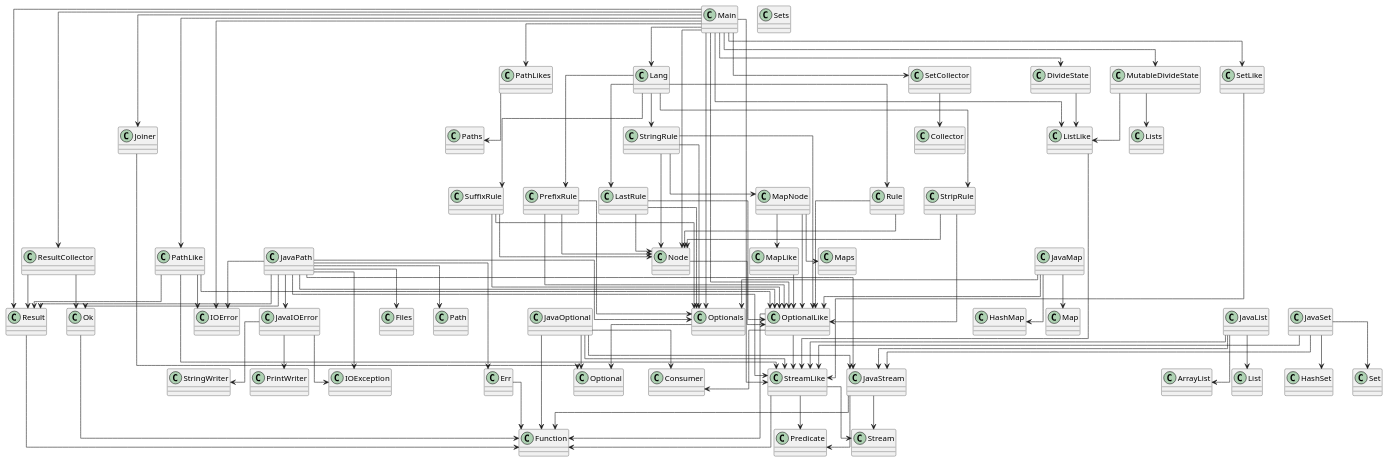
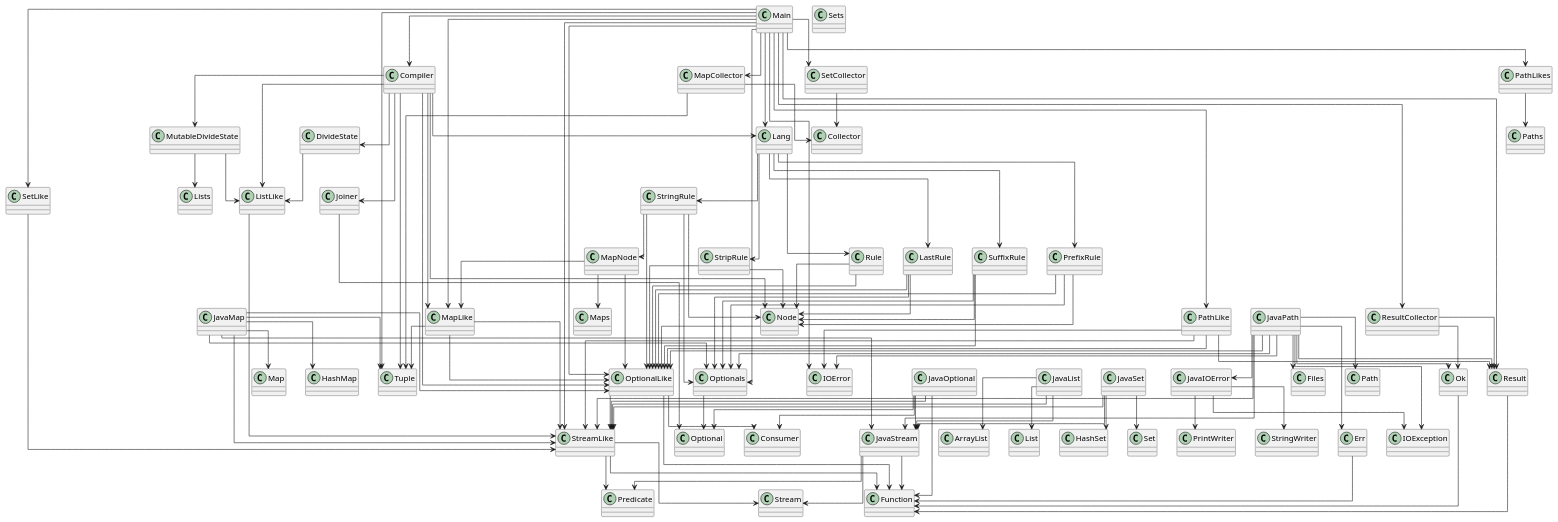
Before and after one commit to SirMathhman/Magma: the diagram in diagram.puml, drawn with PlantUML. The commit also changed 7 other files, not shown here.

```diff
--- a/diagram.puml
+++ b/diagram.puml
@@ -1,145 +1,163 @@
 @startuml
 skinparam linetype ortho
-class Joiner
-Joiner --> Optional
-class Maps
+class StreamLike
+StreamLike --> Function
+StreamLike --> Predicate
+StreamLike --> Stream
+class StringRule
+StringRule --> OptionalLike
+StringRule --> Optionals
+StringRule --> MapNode
+StringRule --> Node
+class Optionals
+Optionals --> Optional
 class JavaIOError
 JavaIOError --> IOException
 JavaIOError --> PrintWriter
 JavaIOError --> StringWriter
+class Err
+Err --> Function
+class JavaMap
+JavaMap --> Tuple
+JavaMap --> JavaStream
+JavaMap --> StreamLike
+JavaMap --> OptionalLike
+JavaMap --> Optionals
+JavaMap --> HashMap
+JavaMap --> Map
+class Node
+Node --> OptionalLike
+class JavaStream
+JavaStream --> Function
+JavaStream --> Predicate
+JavaStream --> Stream
+class MapNode
+MapNode --> MapLike
+MapNode --> Maps
+MapNode --> OptionalLike
+class LastRule
+LastRule --> OptionalLike
+LastRule --> Optionals
+LastRule --> Node
 class Result
 Result --> Function
+class OptionalLike
+OptionalLike --> StreamLike
+OptionalLike --> Consumer
+OptionalLike --> Function
+class Maps
+class Lists
+class Sets
+class PathLike
+PathLike --> StreamLike
+PathLike --> IOError
+PathLike --> OptionalLike
+PathLike --> Result
+class Collector
+class MapCollector
+MapCollector --> Tuple
+MapCollector --> Collector
+class ResultCollector
+ResultCollector --> Ok
+ResultCollector --> Result
+class PrefixRule
+PrefixRule --> OptionalLike
+PrefixRule --> Optionals
+PrefixRule --> Node
+class Compiler
+Compiler --> Tuple
+Compiler --> ListLike
+Compiler --> MapLike
+Compiler --> Joiner
+Compiler --> OptionalLike
+Compiler --> DivideState
+Compiler --> MutableDivideState
+Compiler --> Lang
+Compiler --> Node
+class Joiner
+Joiner --> Optional
+class MapLike
+MapLike --> Tuple
+MapLike --> StreamLike
+MapLike --> OptionalLike
+class PathLikes
+PathLikes --> Paths
+class StripRule
+StripRule --> OptionalLike
+StripRule --> Node
+class JavaList
+JavaList --> JavaStream
+JavaList --> StreamLike
+JavaList --> ArrayList
+JavaList --> List
+class Lang
+Lang --> LastRule
+Lang --> PrefixRule
+Lang --> Rule
+Lang --> StringRule
+Lang --> StripRule
+Lang --> SuffixRule
 class JavaPath
 JavaPath --> JavaStream
 JavaPath --> StreamLike
 JavaPath --> IOError
 JavaPath --> JavaIOError
 JavaPath --> OptionalLike
 JavaPath --> Optionals
 JavaPath --> Err
 JavaPath --> Ok
 JavaPath --> Result
 JavaPath --> IOException
 JavaPath --> Files
 JavaPath --> Path
-class StreamLike
-StreamLike --> Function
-StreamLike --> Predicate
-StreamLike --> Stream
-class StringRule
-StringRule --> OptionalLike
-StringRule --> Optionals
-StringRule --> MapNode
-StringRule --> Node
-class PrefixRule
-PrefixRule --> OptionalLike
-PrefixRule --> Optionals
-PrefixRule --> Node
-class ListLike
-ListLike --> StreamLike
-class Err
-Err --> Function
-class JavaList
-JavaList --> JavaStream
-JavaList --> StreamLike
-JavaList --> ArrayList
-JavaList --> List
-class Sets
-class PathLike
-PathLike --> StreamLike
-PathLike --> IOError
-PathLike --> OptionalLike
-PathLike --> Result
-class PathLikes
-PathLikes --> Paths
-class Node
-Node --> OptionalLike
-class Lang
-Lang --> LastRule
-Lang --> PrefixRule
-Lang --> Rule
-Lang --> StringRule
-Lang --> StripRule
-Lang --> SuffixRule
-class OptionalLike
-OptionalLike --> StreamLike
-OptionalLike --> Consumer
-OptionalLike --> Function
-class MapLike
-MapLike --> OptionalLike
-class Optionals
-Optionals --> Optional
+class MutableDivideState
+MutableDivideState --> ListLike
+MutableDivideState --> Lists
+class JavaOptional
+JavaOptional --> JavaStream
+JavaOptional --> StreamLike
+JavaOptional --> Optional
+JavaOptional --> Consumer
+JavaOptional --> Function
+class DivideState
+DivideState --> ListLike
+class IOError
+class SuffixRule
+SuffixRule --> OptionalLike
+SuffixRule --> Optionals
+SuffixRule --> Node
 class SetCollector
 SetCollector --> Collector
+class Rule
+Rule --> OptionalLike
+Rule --> Node
+class SetLike
+SetLike --> StreamLike
+class Ok
+Ok --> Function
 class Main
-Main --> ListLike
+Main --> Tuple
+Main --> MapCollector
+Main --> MapLike
 Main --> SetCollector
 Main --> SetLike
-Main --> Joiner
 Main --> ResultCollector
 Main --> StreamLike
 Main --> IOError
 Main --> PathLike
 Main --> PathLikes
 Main --> OptionalLike
 Main --> Optionals
 Main --> Result
-Main --> DivideState
+Main --> Compiler
 Main --> Lang
-Main --> MutableDivideState
-Main --> Node
-class LastRule
-LastRule --> OptionalLike
-LastRule --> Optionals
-LastRule --> Node
-class ResultCollector
-ResultCollector --> Ok
-ResultCollector --> Result
-class JavaStream
-JavaStream --> Function
-JavaStream --> Predicate
-JavaStream --> Stream
-class StripRule
-StripRule --> OptionalLike
-StripRule --> Node
+class ListLike
+ListLike --> StreamLike
+class Tuple
 class JavaSet
 JavaSet --> JavaStream
 JavaSet --> StreamLike
 JavaSet --> HashSet
 JavaSet --> Set
-class MapNode
-MapNode --> MapLike
-MapNode --> Maps
-MapNode --> OptionalLike
-class Lists
-class IOError
-class DivideState
-DivideState --> ListLike
-class Collector
-class JavaMap
-JavaMap --> OptionalLike
-JavaMap --> Optionals
-JavaMap --> HashMap
-JavaMap --> Map
-class SetLike
-SetLike --> StreamLike
-class JavaOptional
-JavaOptional --> JavaStream
-JavaOptional --> StreamLike
-JavaOptional --> Optional
-JavaOptional --> Consumer
-JavaOptional --> Function
-class MutableDivideState
-MutableDivideState --> ListLike
-MutableDivideState --> Lists
-class Rule
-Rule --> OptionalLike
-Rule --> Node
-class SuffixRule
-SuffixRule --> OptionalLike
-SuffixRule --> Optionals
-SuffixRule --> Node
-class Ok
-Ok --> Function
 
 @enduml
```
